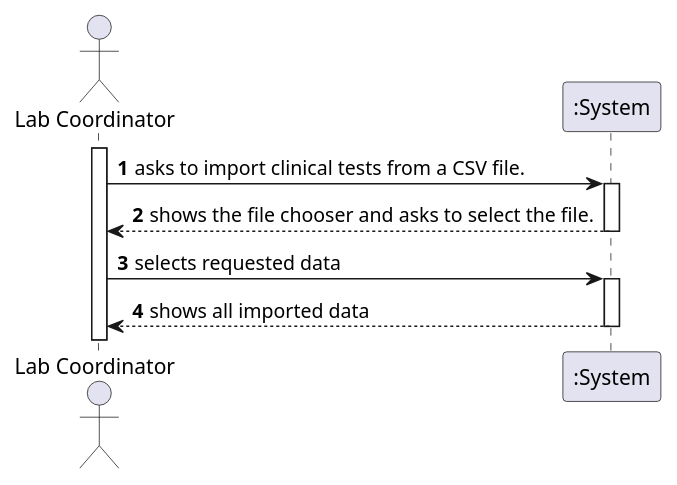
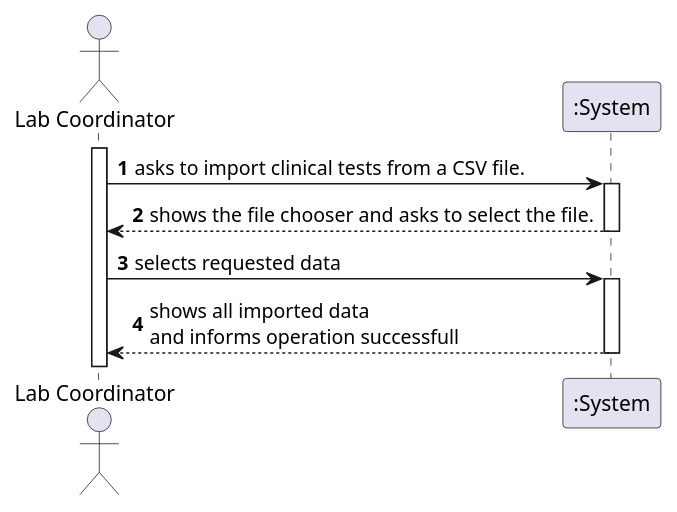
One commit to ana-albergaria/LAPR2-ISEP changed the diagram in docs/SprintD/US_17/US17_SSD.puml. Above: the diagram before and after it, drawn with PlantUML. The commit also changed 16 other files, not shown here.

```diff
--- a/docs/SprintD/US_17/US17_SSD.puml
+++ b/docs/SprintD/US_17/US17_SSD.puml
@@ -1,18 +1,18 @@
 @startuml
 
 autonumber
 actor "Lab Coordinator" as MLT
 
 activate MLT
 MLT -> ":System" :  asks to import clinical tests from a CSV file.
 activate ":System"
 ":System" --> MLT : shows the file chooser and asks to select the file.
 deactivate ":System"
 
 MLT -> ":System" : selects requested data
 activate ":System"
 
-":System" --> MLT : shows all imported data
+":System" --> MLT : shows all imported data \nand informs operation successfull
 deactivate ":System"
 
 @enduml
```
